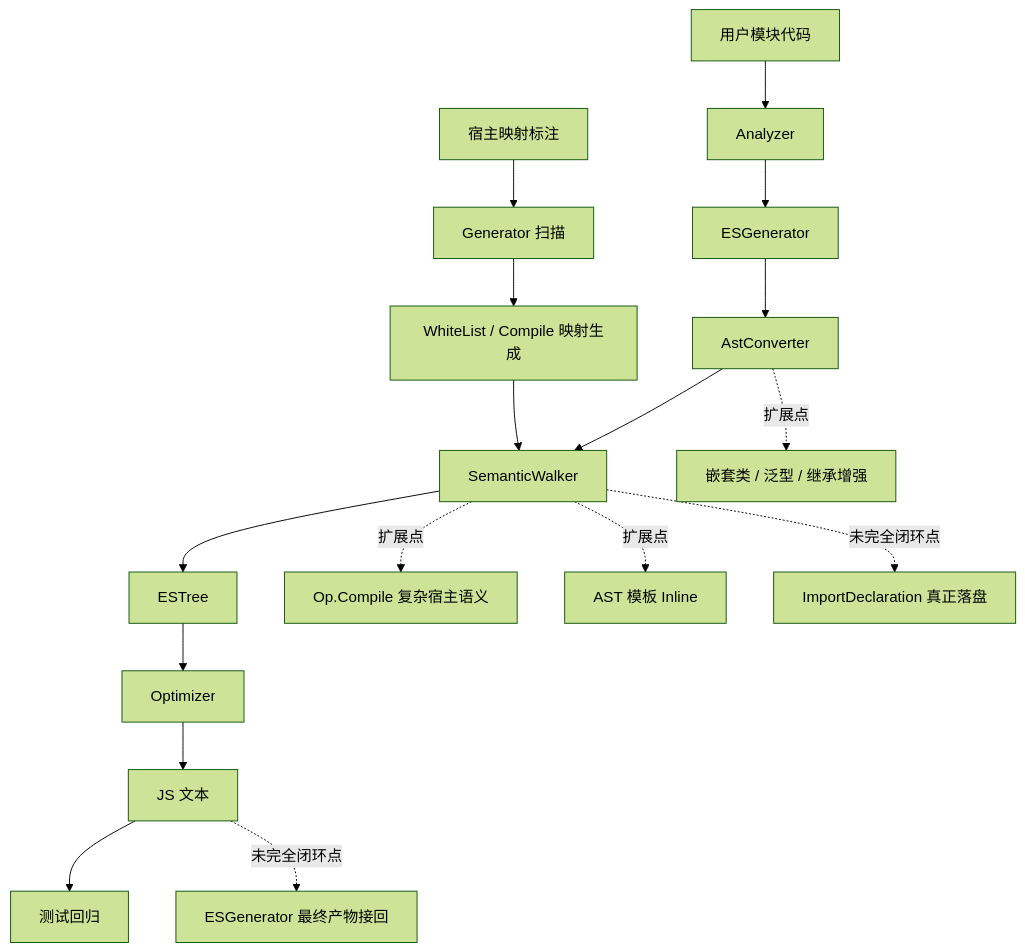
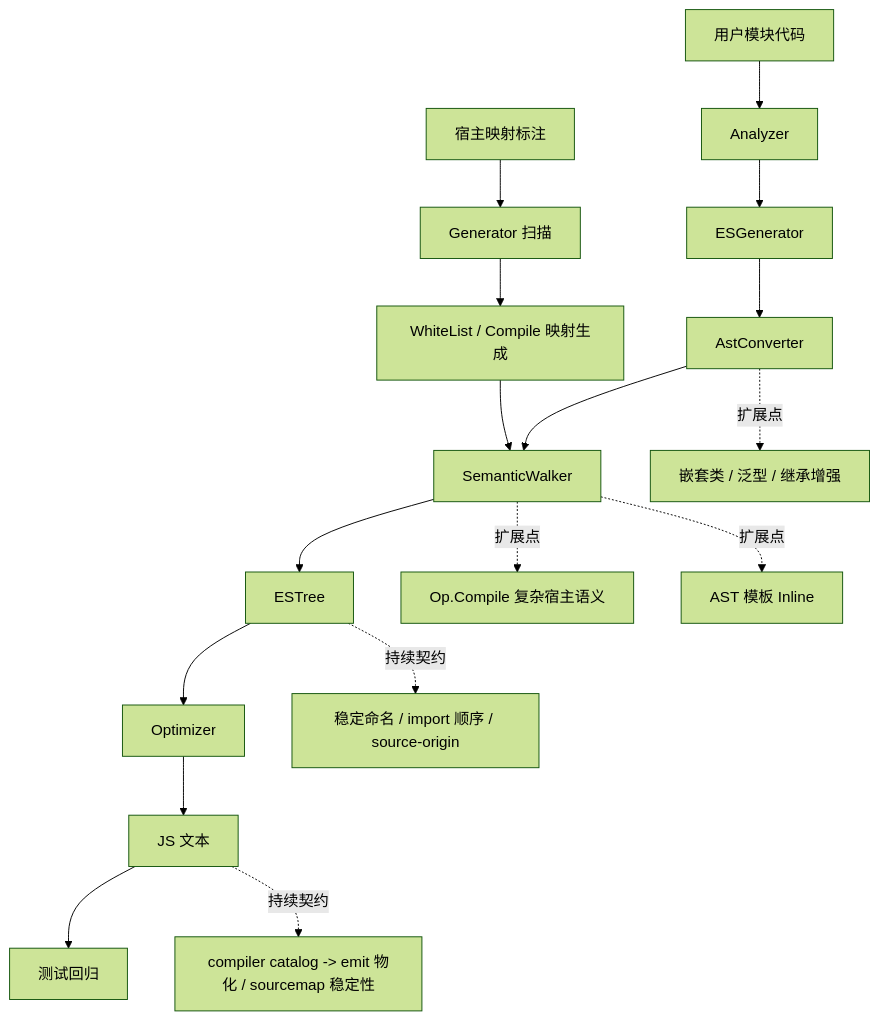
Before and after one commit to devhxj/Jazor: the sixth of 7 diagrams in docs/01-目标/compiler/ArchitectureOverview.md, drawn with Mermaid (forest theme). The commit also changed other lines of this file and 129 other files, not shown here.

````diff
--- a/docs/01-目标/compiler/ArchitectureOverview.md
+++ b/docs/01-目标/compiler/ArchitectureOverview.md
@@ -263,22 +277,22 @@
 ```mermaid
 flowchart TB
     A[宿主映射标注] --> B[Generator 扫描]
     B --> C[WhiteList / Compile 映射生成]
 
     D[用户模块代码] --> E[Analyzer]
     E --> F[ESGenerator]
     F --> G[AstConverter]
     G --> H[SemanticWalker]
     C --> H
 
     H --> I[ESTree]
     I --> J[Optimizer]
     J --> K[JS 文本]
     K --> L[测试回归]
 
     H -.扩展点.-> X1[Op.Compile 复杂宿主语义]
     H -.扩展点.-> X2[AST 模板 Inline]
     G -.扩展点.-> X3[嵌套类 / 泛型 / 继承增强]
-    K -.未完全闭环点.-> X4[ESGenerator 最终产物接回]
-    H -.未完全闭环点.-> X5[ImportDeclaration 真正落盘]
+    K -.持续契约.-> X4[compiler catalog -> emit 物化 / sourcemap 稳定性]
+    I -.持续契约.-> X5[稳定命名 / import 顺序 / source-origin]
 ```
````
